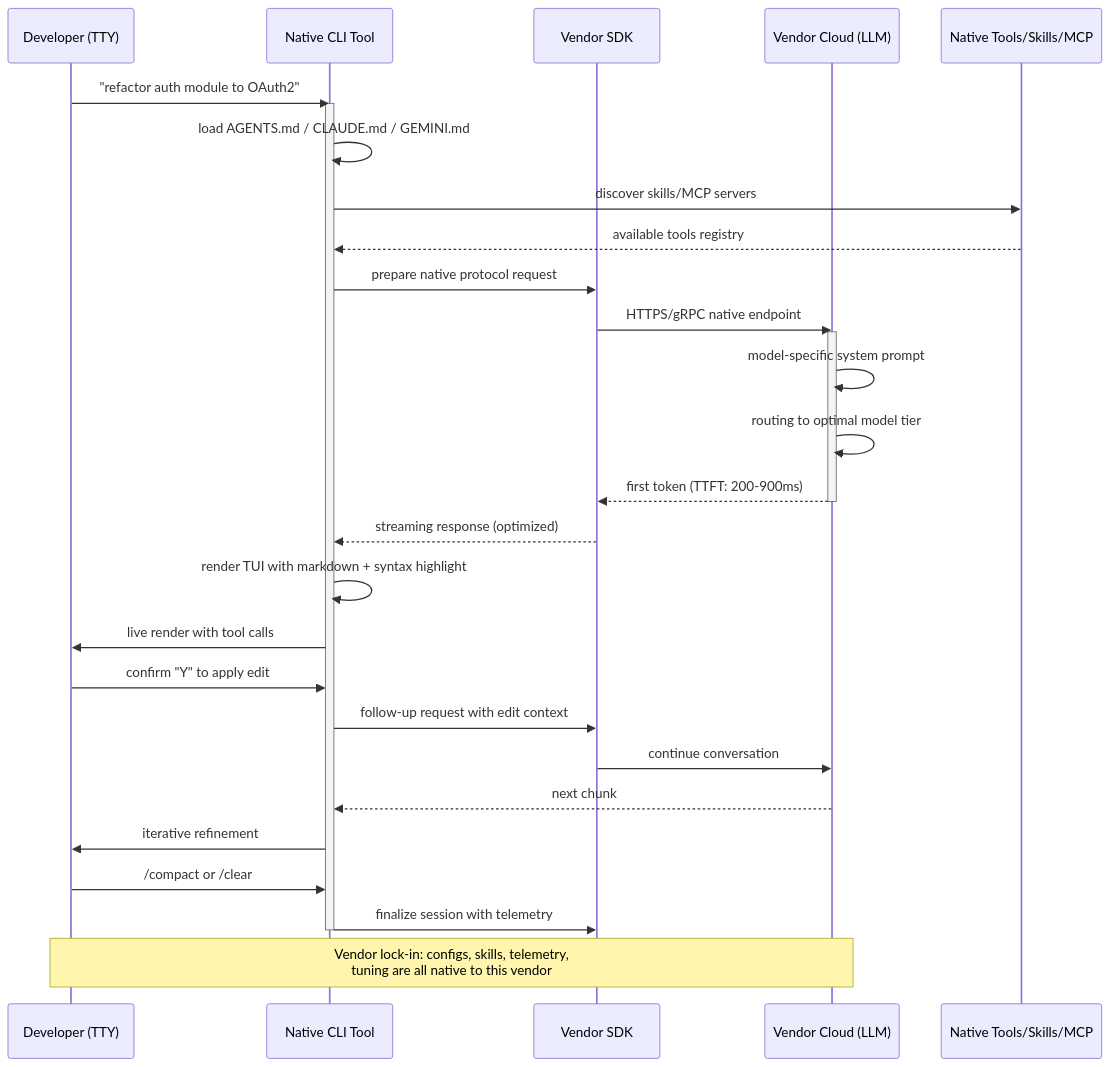
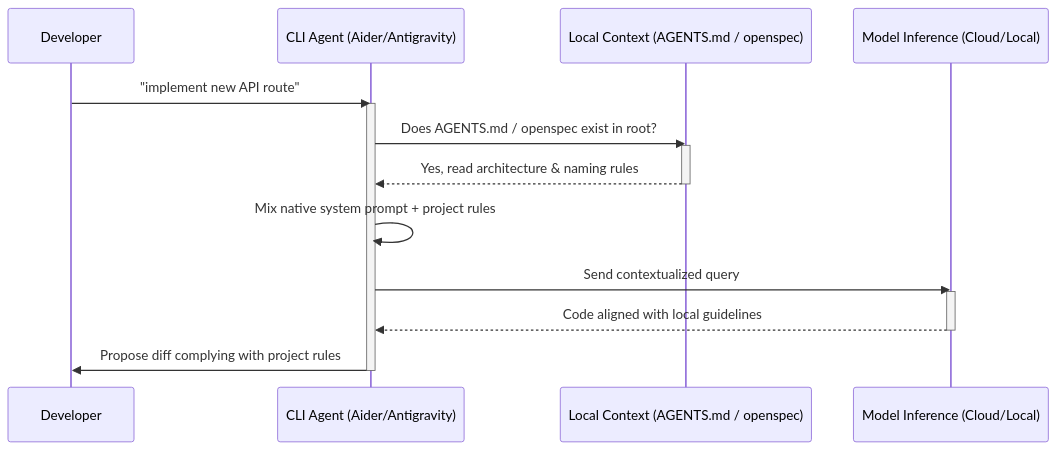
One commit to ArceApps/arceapps.github.io changed the second of 2 diagrams in src/content/blog/en/cli-ai-semifinal-2.md. Above: the diagram before and after it, drawn with Mermaid. The commit also changed other lines of this file, not shown here.

Commit message:
content: rewrite CLI AI Semifinal 2 post in English

````diff
--- a/src/content/blog/en/cli-ai-semifinal-2.md
+++ b/src/content/blog/en/cli-ai-semifinal-2.md
@@ -838,33 +401,21 @@
 ```mermaid
 sequenceDiagram
-    participant Dev as Developer (TTY)
-    participant CLI as Native CLI Tool
-    participant SDK as Vendor SDK
-    participant Cloud as Vendor Cloud (LLM)
-    participant Tools as Native Tools/Skills/MCP
+    participant Dev as Developer
+    participant Agent as CLI Agent (Aider/Antigravity)
+    participant Local as Local Context (AGENTS.md / openspec)
+    participant Model as Model Inference (Cloud/Local)
 
-    Dev->>CLI: "refactor auth module to OAuth2"
-    activate CLI
-    CLI->>CLI: load AGENTS.md / CLAUDE.md / GEMINI.md
-    CLI->>Tools: discover skills/MCP servers
-    Tools-->>CLI: available tools registry
-    CLI->>SDK: prepare native protocol request
-    SDK->>Cloud: HTTPS/gRPC native endpoint
-    activate Cloud
-    Cloud->>Cloud: model-specific system prompt
-    Cloud->>Cloud: routing to optimal model tier
-    Cloud-->>SDK: first token (TTFT: 200-900ms)
-    deactivate Cloud
-    SDK-->>CLI: streaming response (optimized)
-    CLI->>CLI: render TUI with markdown + syntax highlight
-    CLI->>Dev: live render with tool calls
-    Dev->>CLI: confirm "Y" to apply edit
-    CLI->>SDK: follow-up request with edit context
-    SDK->>Cloud: continue conversation
-    Cloud-->>CLI: next chunk
-    CLI->>Dev: iterative refinement
-    Dev->>CLI: /compact or /clear
-    CLI->>SDK: finalize session with telemetry
-    deactivate CLI
-    Note over Dev,Cloud: Vendor lock-in: configs, skills, telemetry,<br/>tuning are all native to this vendor
+    Dev->>Agent: "implement new API route"
+    activate Agent
+    Agent->>Local: Does AGENTS.md / openspec exist in root?
+    activate Local
+    Local-->>Agent: Yes, read architecture & naming rules
+    deactivate Local
+    Agent->>Agent: Mix native system prompt + project rules
+    Agent->>Model: Send contextualized query
+    activate Model
+    Model-->>Agent: Code aligned with local guidelines
+    deactivate Model
+    Agent->>Dev: Propose diff complying with project rules
+    deactivate Agent
 ```
````
